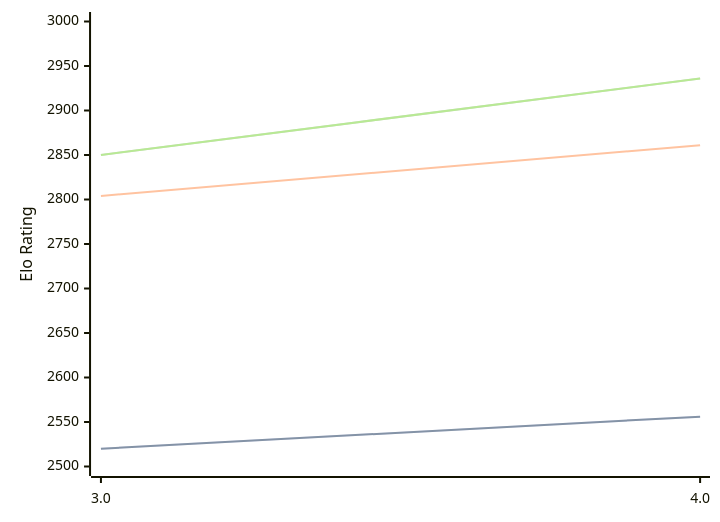
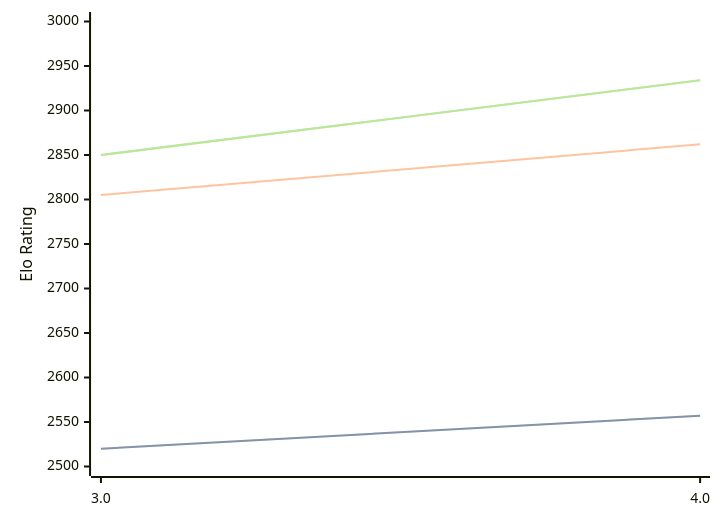
One commit to computer-chess-index/cci changed the diagram in engines/Chess3.md. Above: the diagram before and after it, drawn with Mermaid. The commit also changed other lines of this file, not shown here.

Commit message:
Update CCI Ratings (ELO VLTC) - 2026-05-14

````diff
--- a/engines/Chess3.md
+++ b/engines/Chess3.md
@@ -34,11 +34,11 @@
 ```mermaid
 %%{init: {"theme":"base","themeVariables":{"seriesColors:['#a3a3a3','#222221','#faa371']}}}%%
 xychart-beta
   x-axis ["3.0", "4.0"]
   y-axis "Elo Rating" 2500 --> 3000
-  line "STC (8.0+0.08s)" [2520, 2556]
-  line "STC (8.0+0.08s)" [2520, 2556]
-  line "LTC (60.0+0.60s)" [2804, 2861]
-  line "VLTC (2m24s+1.12s)" [2850, 2936]
-  line "VLTC (2m24s+1.12s)" [2850, 2936]
+  line "STC (8.0+0.08s)" [2520, 2557]
+  line "STC (8.0+0.08s)" [2520, 2557]
+  line "LTC (60.0+0.60s)" [2805, 2862]
+  line "VLTC (2m24s+1.12s)" [2850, 2934]
+  line "VLTC (2m24s+1.12s)" [2850, 2934]
 ```
````
